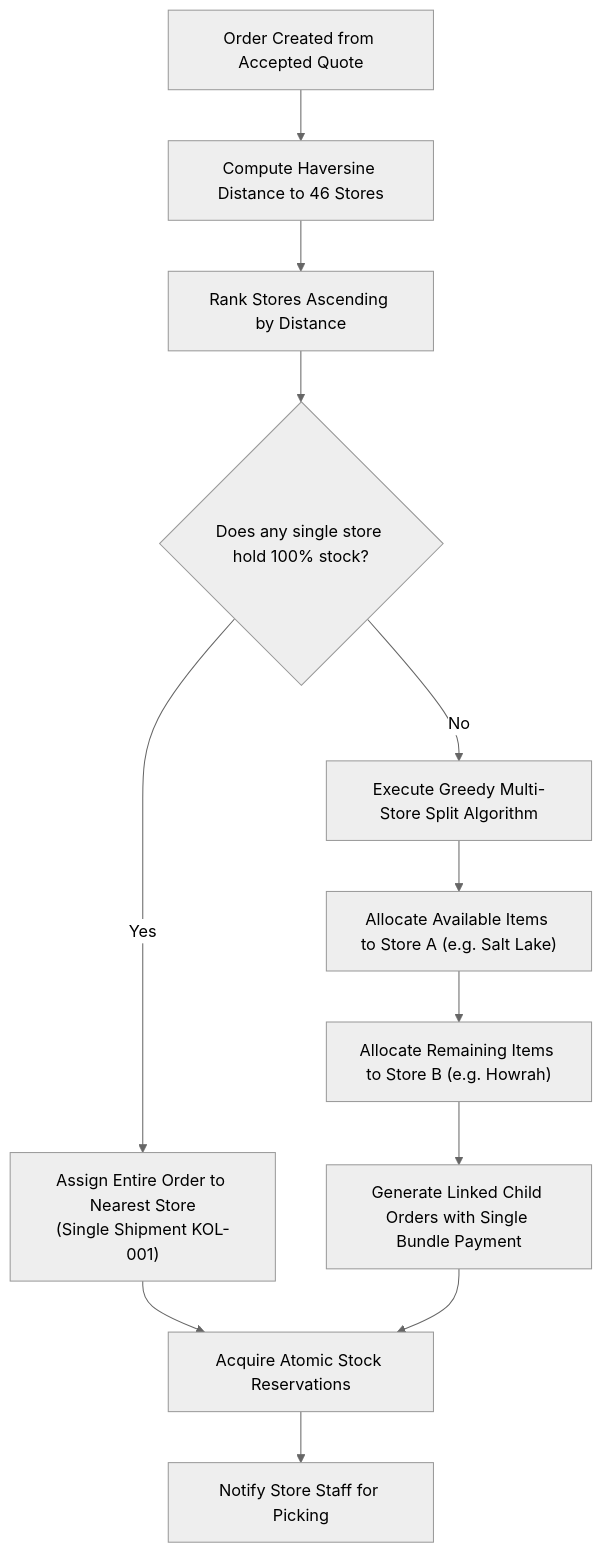
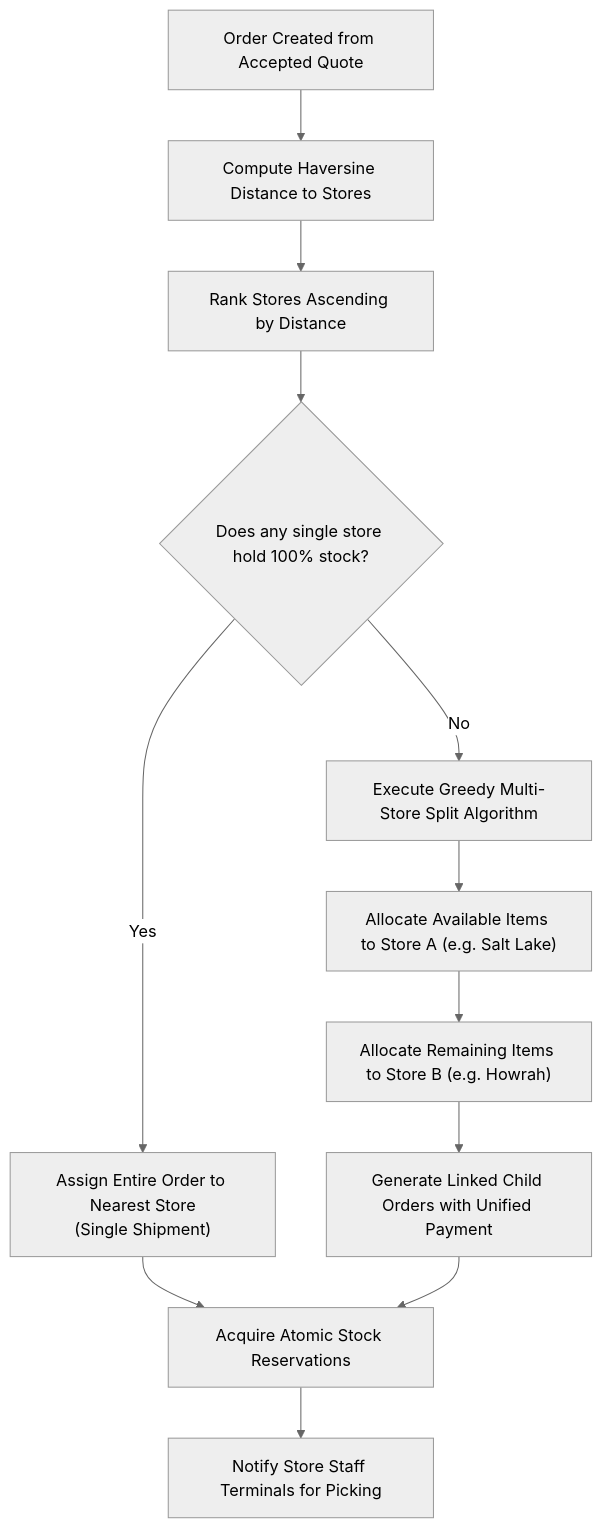
Before and after one commit to Anujanthwal-dotcom/assignment-isocode-labs: the fourth of 6 diagrams in technical_design_document.md, drawn with Mermaid (neutral theme). The commit also changed other lines of this file, not shown here.

````diff
--- a/technical_design_document.md
+++ b/technical_design_document.md
@@ -355,17 +300,17 @@
 ```mermaid
 flowchart TD
-    Start["Order Created from Accepted Quote"] --> Geo["Compute Haversine Distance to 46 Stores"]
+    Start["Order Created from Accepted Quote"] --> Geo["Compute Haversine Distance to Stores"]
     Geo --> Rank["Rank Stores Ascending by Distance"]
     Rank --> CheckSingle{"Does any single store hold 100% stock?"}
 
-    CheckSingle -- Yes --> AssignSingle["Assign Entire Order to Nearest Store\n(Single Shipment KOL-001)"]
+    CheckSingle -- Yes --> AssignSingle["Assign Entire Order to Nearest Store\n(Single Shipment)"]
     CheckSingle -- No --> GreedySplit["Execute Greedy Multi-Store Split Algorithm"]
 
     GreedySplit --> AllocA["Allocate Available Items to Store A (e.g. Salt Lake)"]
     AllocA --> AllocB["Allocate Remaining Items to Store B (e.g. Howrah)"]
-    AllocB --> ChildOrders["Generate Linked Child Orders with Single Bundle Payment"]
+    AllocB --> ChildOrders["Generate Linked Child Orders with Unified Payment"]
 
     AssignSingle --> SoftLock["Acquire Atomic Stock Reservations"]
     ChildOrders --> SoftLock
-    SoftLock --> End["Notify Store Staff for Picking"]
+    SoftLock --> End["Notify Store Staff Terminals for Picking"]
 ```
````
